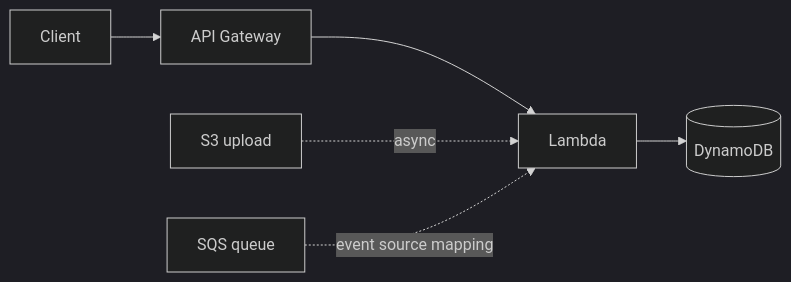
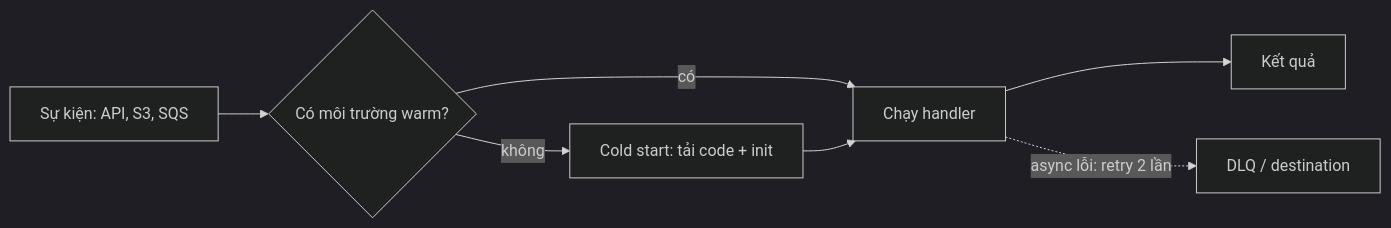
One commit to passion-Infinity/personal-tech-playbook changed the diagram in src/assets/knowledge/playbooks/aws/lambda-serverless.md. Above: the diagram before and after it, drawn with Mermaid (dark theme). The commit also changed other lines of this file and 6 other files, not shown here.

First line of the commit message:
Deep-dive rewrite: SQS/SNS/EventBridge, Lambda, DR, EBS/EFS/FSx, CloudWatch/CloudTrail/Config, ECS/EKS/Fargate

````diff
--- a/src/assets/knowledge/playbooks/aws/lambda-serverless.md
+++ b/src/assets/knowledge/playbooks/aws/lambda-serverless.md
@@ -20,8 +36,9 @@
 ```mermaid
 flowchart LR
-    C[Client] --> AG[API Gateway]
-    AG --> L[Lambda]
-    S3[S3 upload] -.->|async| L
-    SQS[SQS queue] -.->|event source mapping| L
-    L --> DDB[(DynamoDB)]
+    EV["Sự kiện: API, S3, SQS"] --> Q{Có môi trường warm?}
+    Q -->|có| H[Chạy handler]
+    Q -->|không| CS["Cold start: tải code + init"]
+    CS --> H
+    H --> R[Kết quả]
+    H -.->|"async lỗi: retry 2 lần"| DLQ[DLQ / destination]
 ```
````
